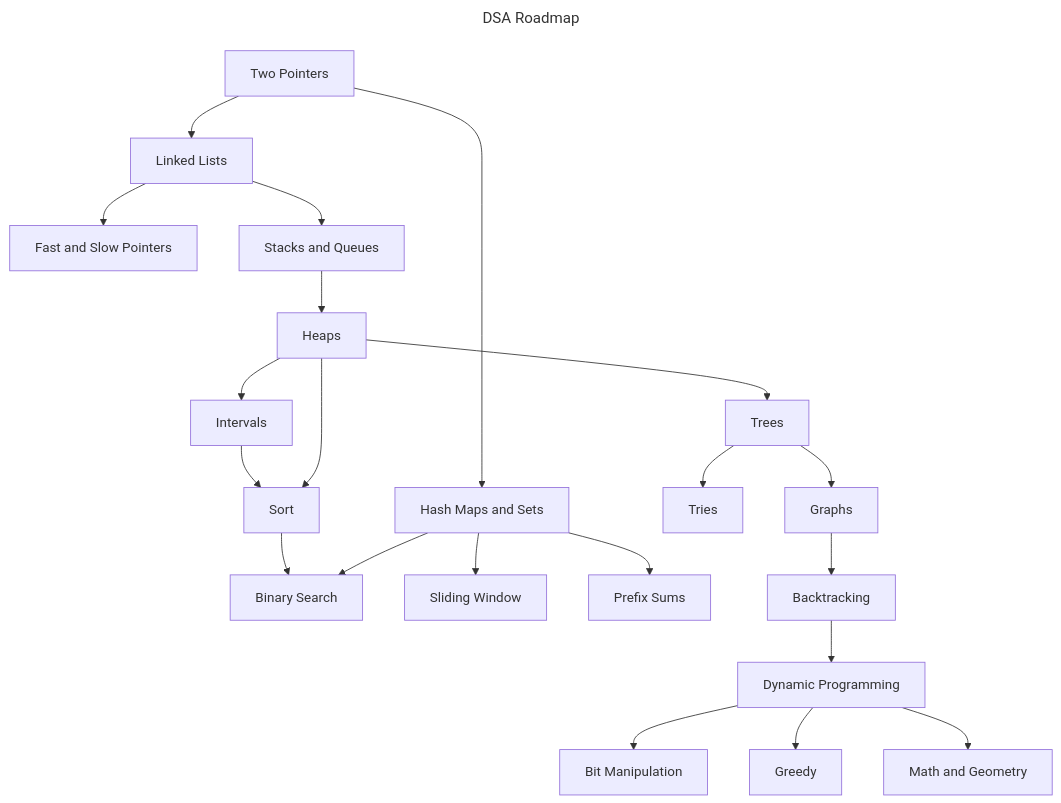
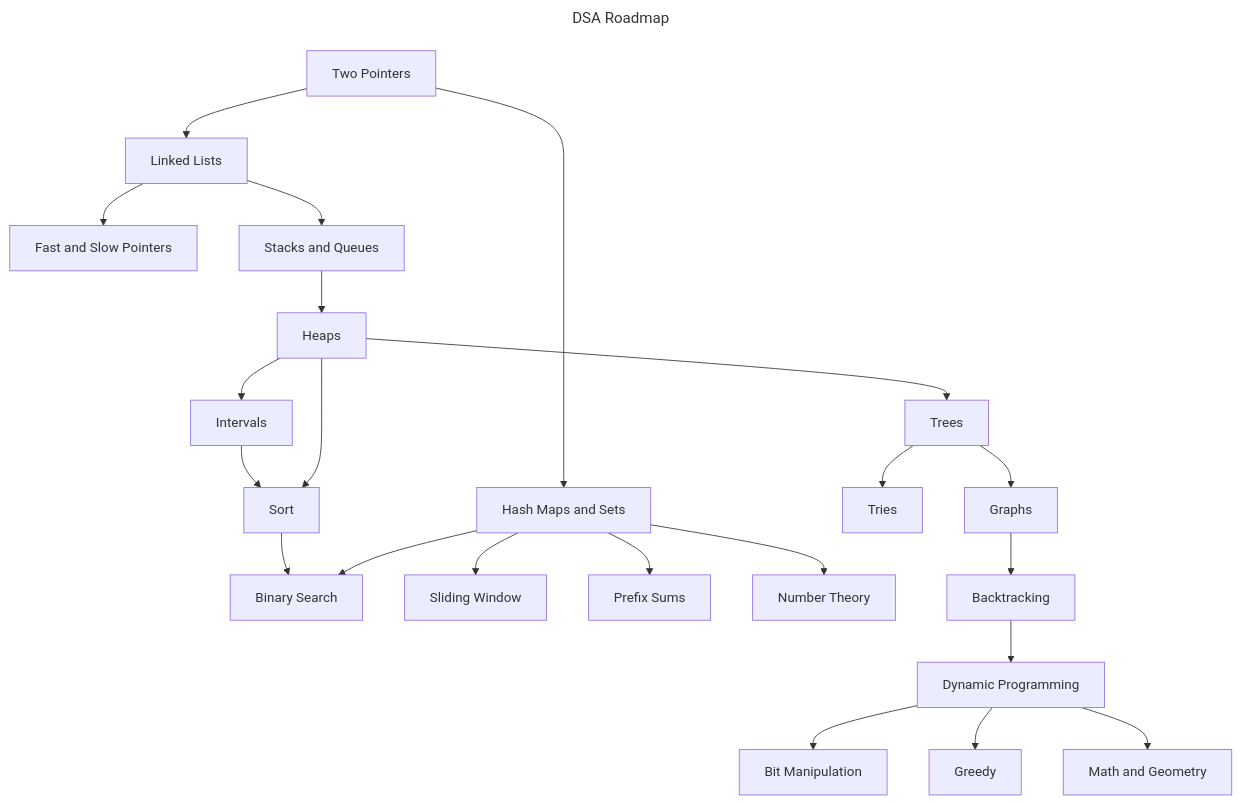
The diagram in README.md (2giosangmitom/dsa-roadmap), drawn with Mermaid before and after one commit.

````diff
--- a/README.md
+++ b/README.md
@@ -15,35 +15,36 @@
 ```mermaid
 ---
 title: DSA Roadmap
 ---
 flowchart TD
     %% Basic Foundations
     A[Two Pointers] --> B[Hash Maps and Sets]
     A --> C[Linked Lists]
     B --> E[Binary Search]
     B --> F[Sliding Window]
     B --> G[Prefix Sums]
+    B --> L[Number Theory]
 
     %% Intermediate Concepts
     C --> D[Fast and Slow Pointers]
     C --> J[Stacks and Queues]
     J --> R[Heaps]
 
     %% Advanced Data Structures
     R --> T[Trees]
     R --> W[Intervals]
     R --> Q[Sort]
     T --> U[Tries]
     T --> X[Graphs]
     X --> Y[Backtracking]
 
     %% Problem-Solving Techniques
     Y --> K[Dynamic Programming]
     K --> O[Bit Manipulation]
     K --> V[Greedy]
     K --> M[Math and Geometry]
 
     %% Additional Paths
     W --> Q
     Q --> E
 ```
````
